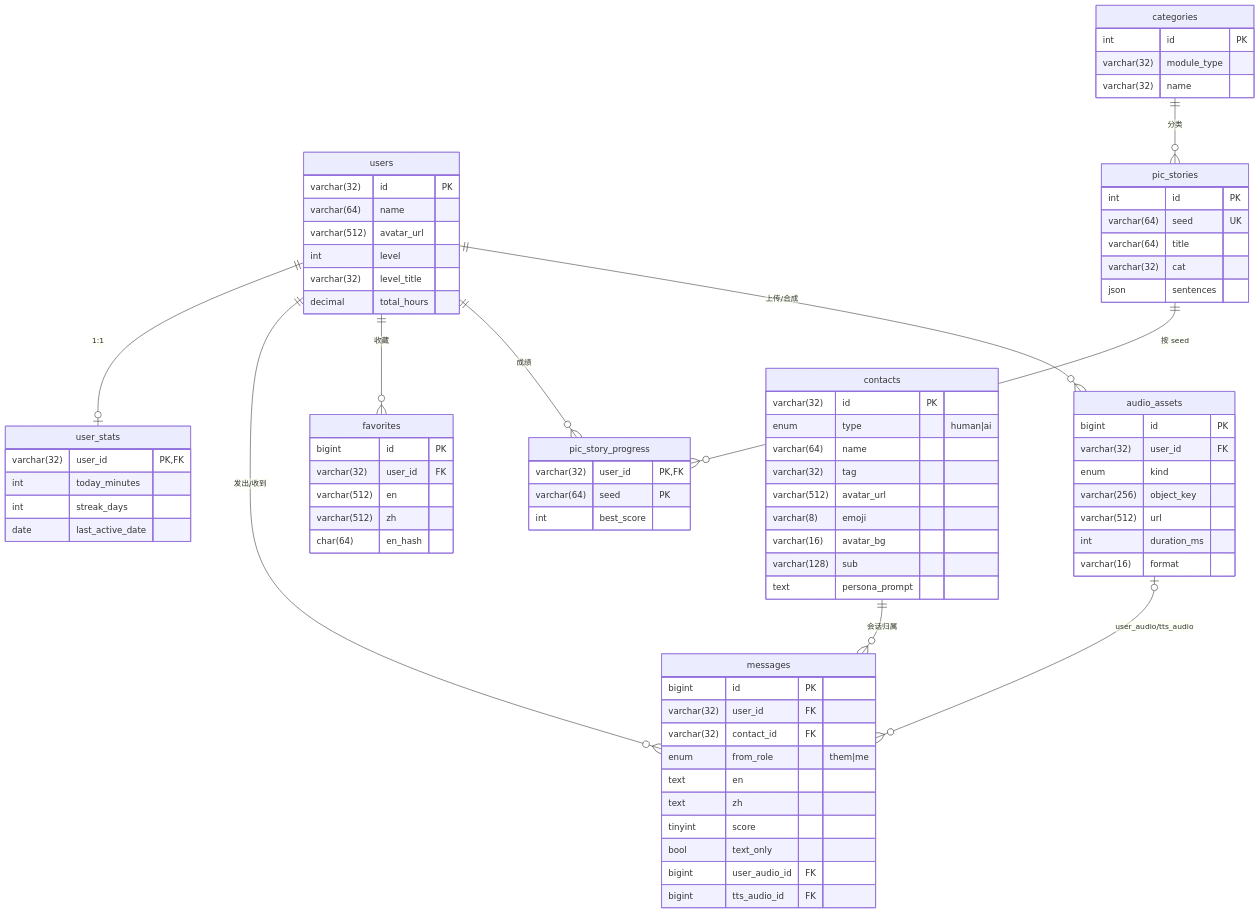
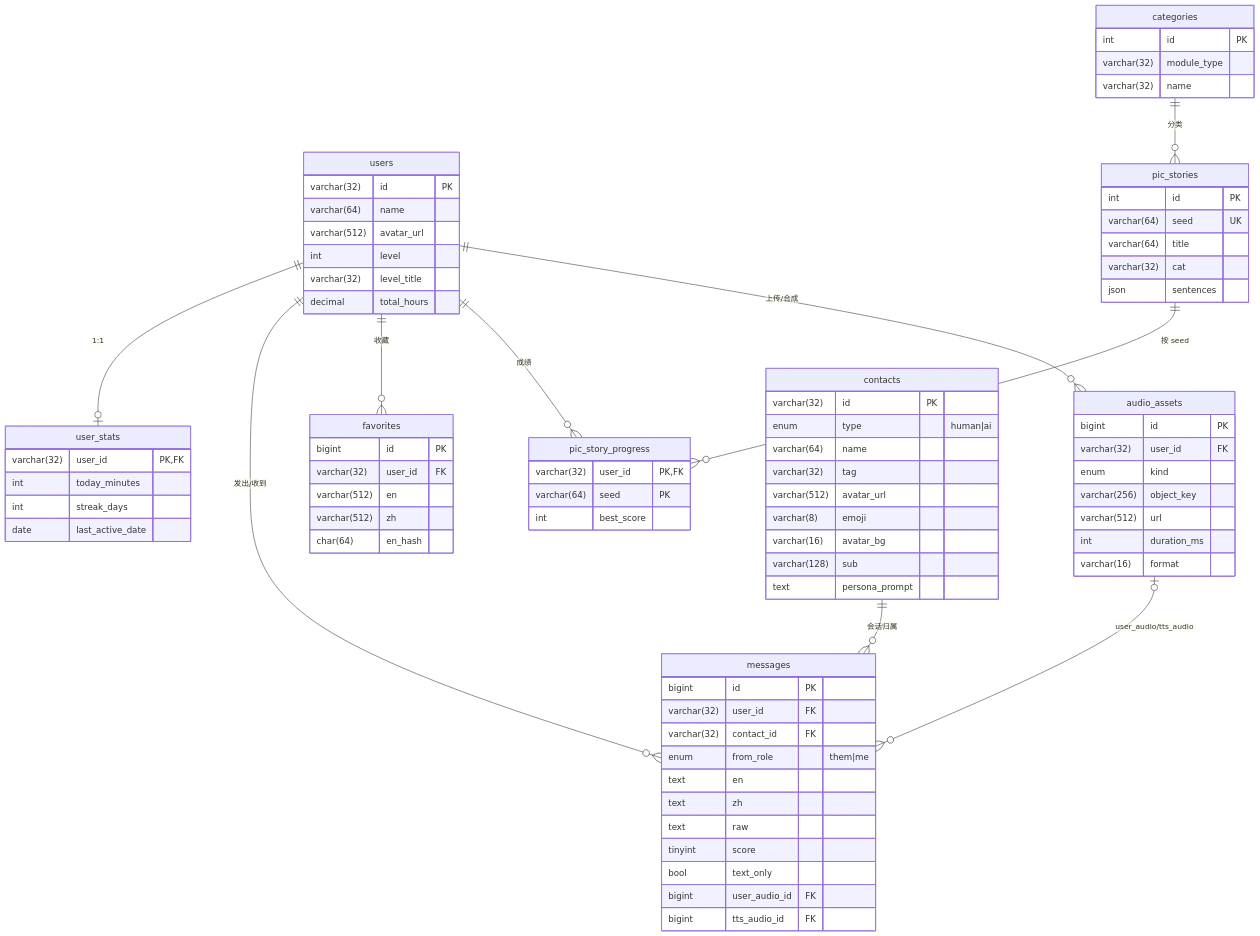
Before and after one commit to renxiubang/englishlearn-v2: the fifth of 6 diagrams in web/docs/architecture.md, drawn with Mermaid. The commit also changed other lines of this file and 17 other files, not shown here.

```diff
--- a/web/docs/architecture.md
+++ b/web/docs/architecture.md
@@ -366,6 +447,7 @@
         enum from_role "them|me"
         text en
         text zh
+        text raw
         tinyint score
         bool text_only
         bigint user_audio_id FK
```
